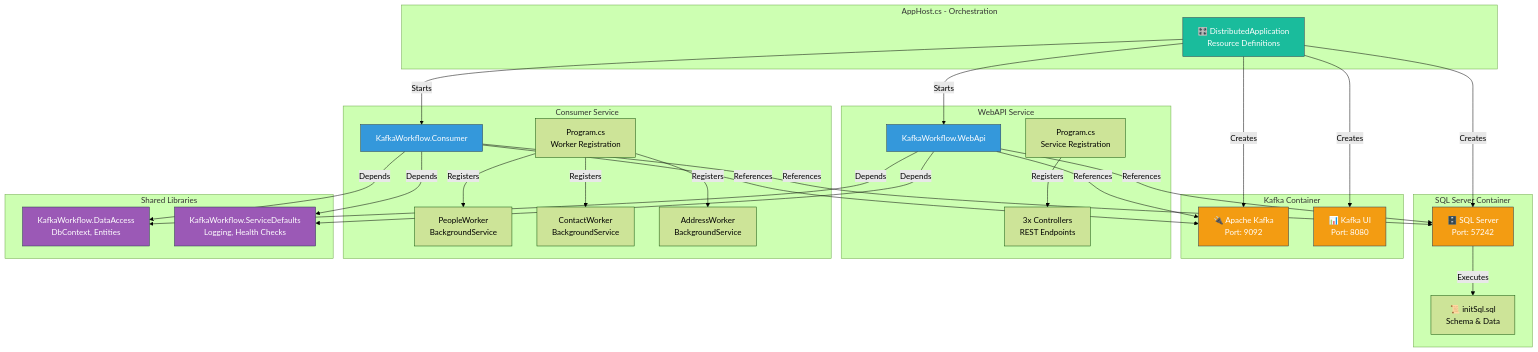
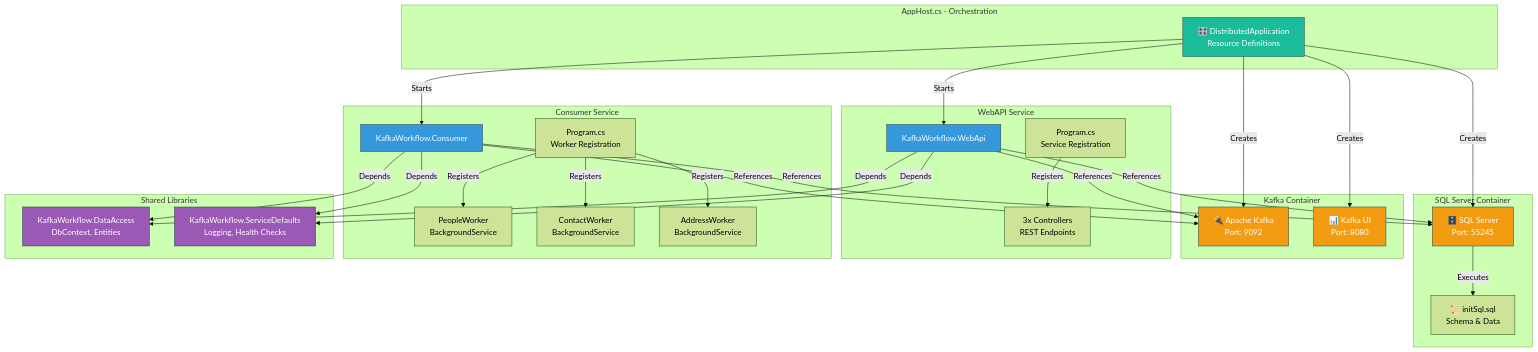
Before and after one commit to WholeBit-Solutions/distributed-workflow: the third of 15 diagrams in ARCHITECTURE_DIAGRAMS.md, drawn with Mermaid (forest theme). The commit also changed other lines of this file and 1 other file, not shown here.

````diff
--- a/ARCHITECTURE_DIAGRAMS.md
+++ b/ARCHITECTURE_DIAGRAMS.md
@@ -164,68 +164,68 @@
 ```mermaid
 graph TB
     subgraph "AppHost.cs - Orchestration"
         AppHost["🎛️ DistributedApplication<br/>Resource Definitions"]
     end
 
     subgraph "SQL Server Container"
-        SqlServerContainer["🗄️ SQL Server<br/>Port: 57242"]
+        SqlServerContainer["🗄️ SQL Server<br/>Port: 55245"]
         InitScript["📜 initSql.sql<br/>Schema & Data"]
     end
 
     subgraph "Kafka Container"
         KafkaContainer["🔌 Apache Kafka<br/>Port: 9092"]
         KafkaUIContainer["📊 Kafka UI<br/>Port: 8080"]
     end
 
     subgraph "WebAPI Service"
         WebApiProj["KafkaWorkflow.WebApi"]
         Program["Program.cs<br/>Service Registration"]
         Controllers["3x Controllers<br/>REST Endpoints"]
     end
 
     subgraph "Consumer Service"
         ConsumerProj["KafkaWorkflow.Consumer"]
         ConsumerProgram["Program.cs<br/>Worker Registration"]
         PeopleWorkerSvc["PeopleWorker<br/>BackgroundService"]
         ContactWorkerSvc["ContactWorker<br/>BackgroundService"]
         AddressWorkerSvc["AddressWorker<br/>BackgroundService"]
     end
 
     subgraph "Shared Libraries"
         DataAccess["KafkaWorkflow.DataAccess<br/>DbContext, Entities"]
         ServiceDefaults["KafkaWorkflow.ServiceDefaults<br/>Logging, Health Checks"]
     end
 
     AppHost -->|Creates| SqlServerContainer
     AppHost -->|Creates| KafkaContainer
     AppHost -->|Creates| KafkaUIContainer
     AppHost -->|Starts| WebApiProj
     AppHost -->|Starts| ConsumerProj
     
     SqlServerContainer -->|Executes| InitScript
     
     WebApiProj -->|Depends| DataAccess
     WebApiProj -->|Depends| ServiceDefaults
     WebApiProj -->|References| SqlServerContainer
     WebApiProj -->|References| KafkaContainer
     
     ConsumerProj -->|Depends| DataAccess
     ConsumerProj -->|Depends| ServiceDefaults
     ConsumerProj -->|References| SqlServerContainer
     ConsumerProj -->|References| KafkaContainer
     
     Program -->|Registers| Controllers
     ConsumerProgram -->|Registers| PeopleWorkerSvc
     ConsumerProgram -->|Registers| ContactWorkerSvc
     ConsumerProgram -->|Registers| AddressWorkerSvc
     
     classDef orchestration fill:#1abc9c,stroke:#2c3e50,color:#fff
     classDef service fill:#3498db,stroke:#2c3e50,color:#fff
     classDef infrastructure fill:#f39c12,stroke:#2c3e50,color:#fff
     classDef library fill:#9b59b6,stroke:#2c3e50,color:#fff
     
     class AppHost orchestration
     class WebApiProj,ConsumerProj service
     class SqlServerContainer,KafkaContainer,KafkaUIContainer infrastructure
     class DataAccess,ServiceDefaults library
 ```
````
